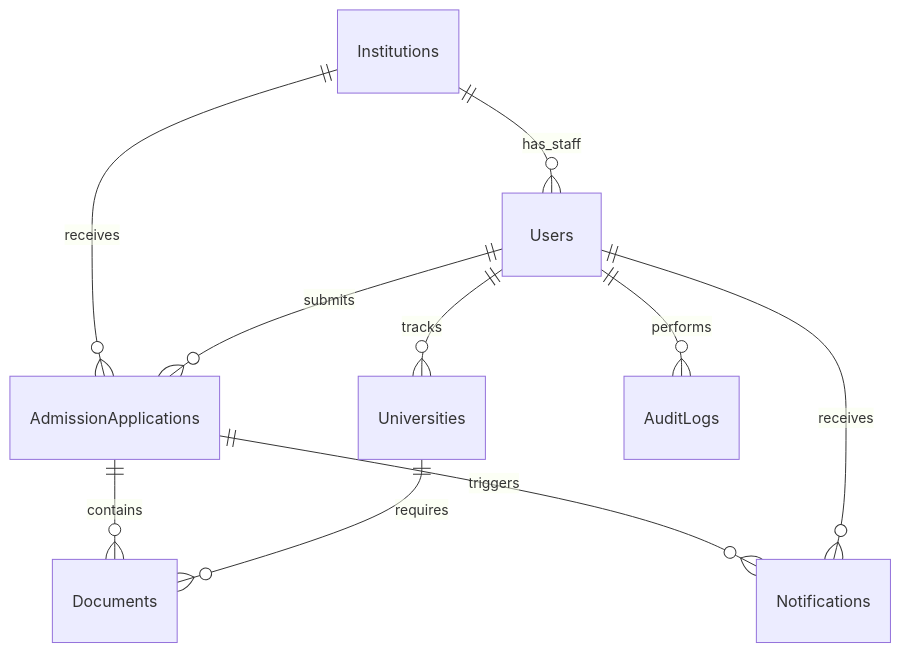
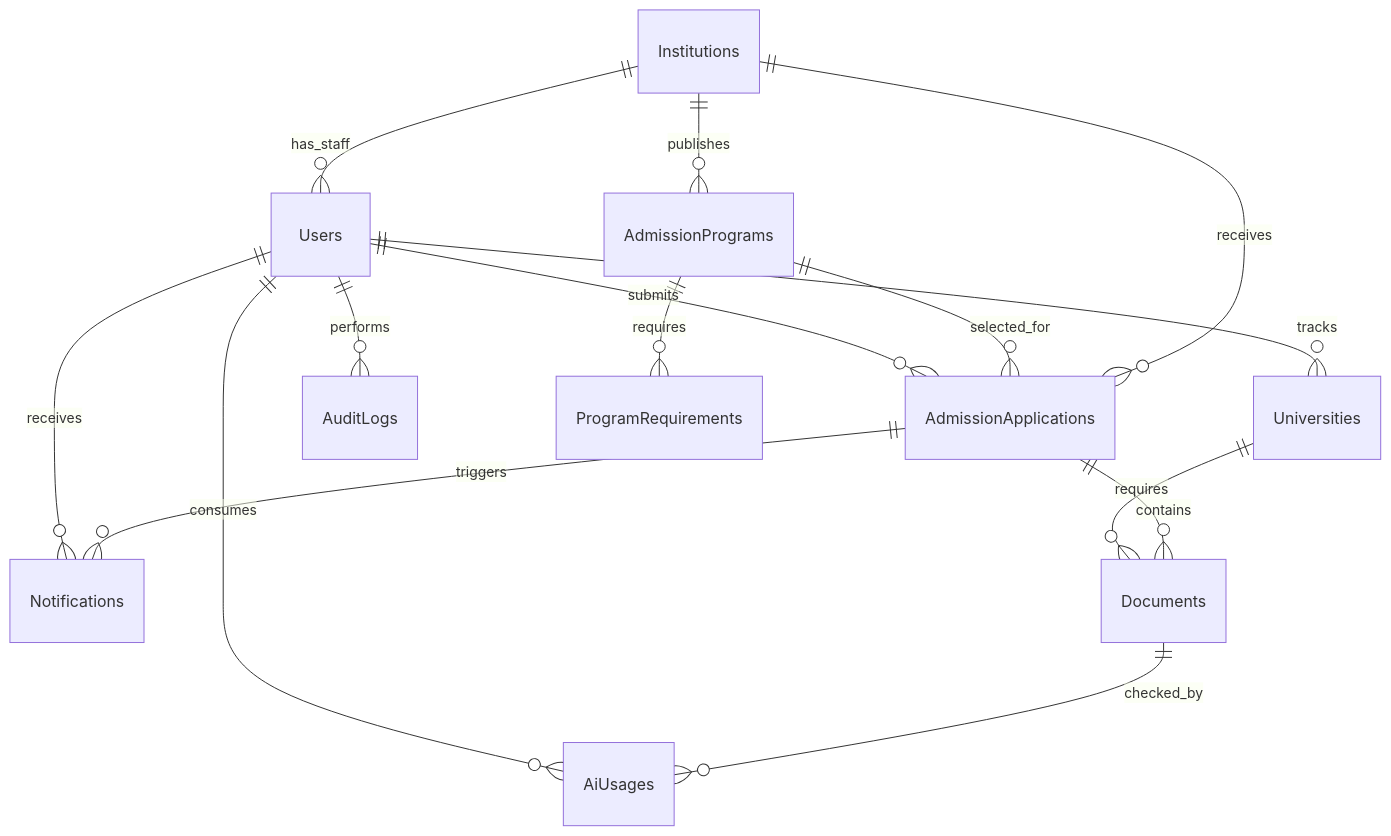
The diagram in docs/database.md (nmt65/unitracka), drawn with Mermaid before and after one commit. The commit also changed other lines of this file and 31 other files, not shown here.

````diff
--- a/docs/database.md
+++ b/docs/database.md
@@ -19,12 +22,17 @@
 ```mermaid
 erDiagram
   Users ||--o{ Universities : tracks
   Users ||--o{ AdmissionApplications : submits
   Users ||--o{ Notifications : receives
   Users ||--o{ AuditLogs : performs
   Institutions ||--o{ Users : has_staff
+  Institutions ||--o{ AdmissionPrograms : publishes
+  AdmissionPrograms ||--o{ ProgramRequirements : requires
+  AdmissionPrograms ||--o{ AdmissionApplications : selected_for
   Institutions ||--o{ AdmissionApplications : receives
   Universities ||--o{ Documents : requires
   AdmissionApplications ||--o{ Documents : contains
+  Users ||--o{ AiUsages : consumes
+  Documents ||--o{ AiUsages : checked_by
   AdmissionApplications ||--o{ Notifications : triggers
 ```
````
